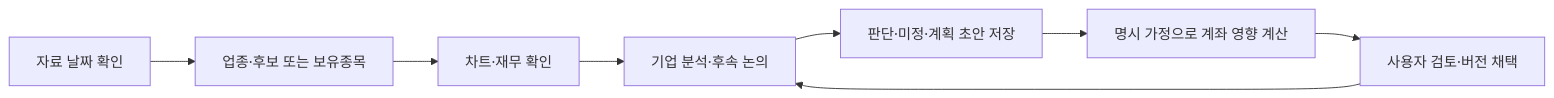
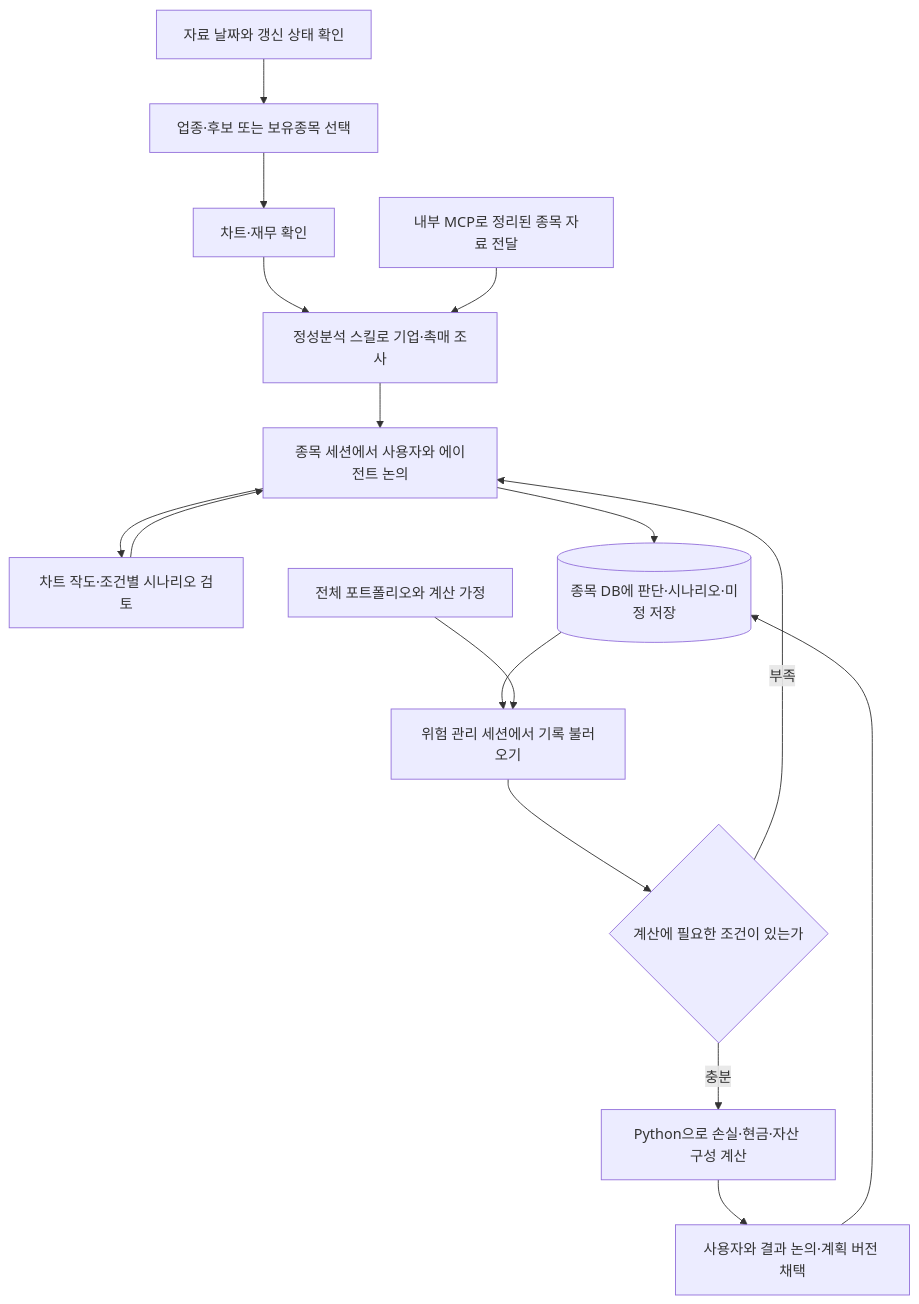
The diagram in README.md (0gnm0-afk/invest-agent-engine), drawn with Mermaid before and after one commit. The commit also changed other lines of this file and 16 other files, not shown here.

````diff
--- a/README.md
+++ b/README.md
@@ -39,10 +63,18 @@
 ```mermaid
-flowchart LR
-    A[자료 날짜 확인] --> B[업종·후보 또는 보유종목]
+flowchart TD
+    A[자료 날짜와 갱신 상태 확인] --> B[업종·후보 또는 보유종목 선택]
     B --> C[차트·재무 확인]
-    C --> D[기업 분석·후속 논의]
-    D --> E[판단·미정·계획 초안 저장]
-    E --> F[명시 가정으로 계좌 영향 계산]
-    F --> G[사용자 검토·버전 채택]
-    G --> D
+    C --> D[정성분석 스킬로 기업·촉매 조사]
+    M[내부 MCP로 정리된 종목 자료 전달] --> D
+    D --> E[종목 세션에서 사용자와 에이전트 논의]
+    E --> F[차트 작도·조건별 시나리오 검토]
+    F --> E
+    E --> G[(종목 DB에 판단·시나리오·미정 저장)]
+    G --> H[위험 관리 세션에서 기록 불러오기]
+    P[전체 포트폴리오와 계산 가정] --> H
+    H --> I{계산에 필요한 조건이 있는가}
+    I -- 부족 --> E
+    I -- 충분 --> J[Python으로 손실·현금·자산 구성 계산]
+    J --> K[사용자와 결과 논의·계획 버전 채택]
+    K --> G
 ```
````
